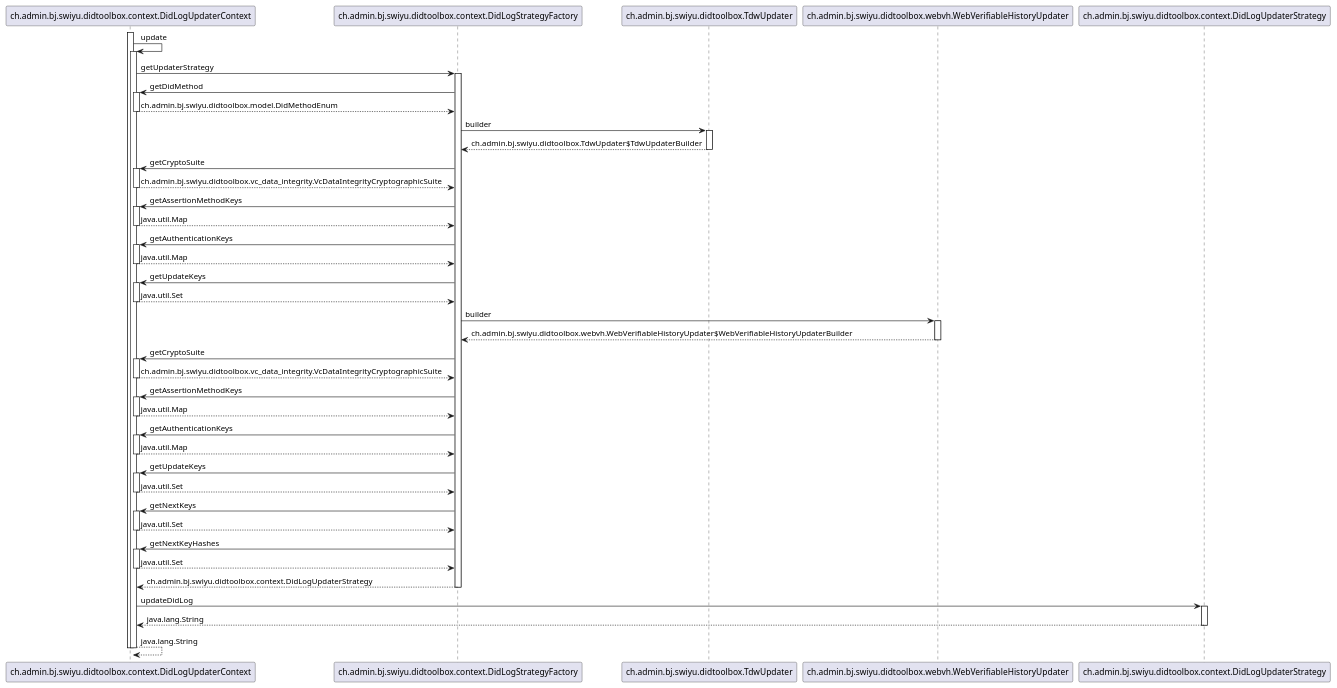
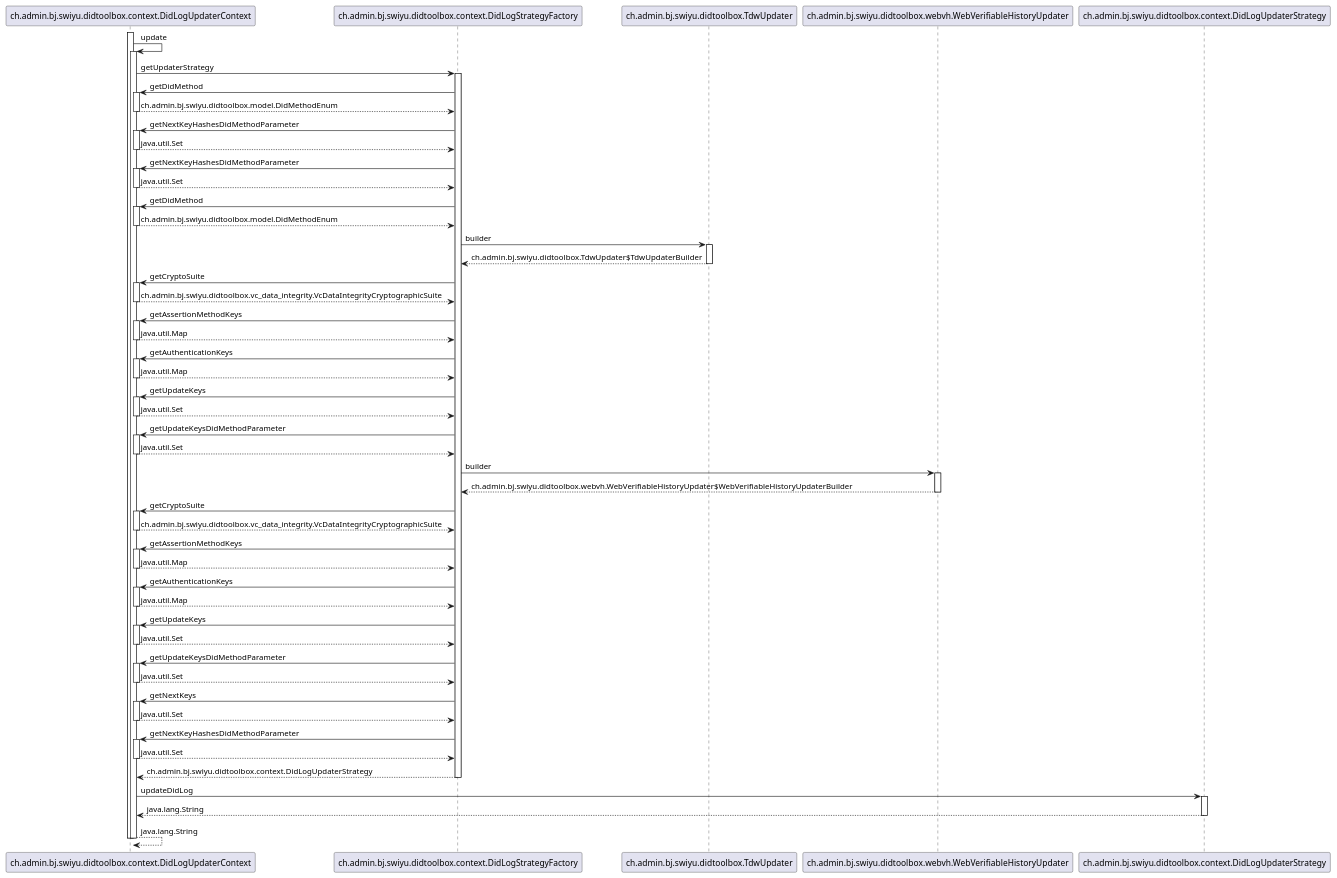
Before and after one commit to swiyu-admin-ch/didtoolbox-java: the diagram in src/main/plantuml/DidLogUpdaterContext-update.puml, drawn with PlantUML. The commit also changed 47 other files, not shown here.

Commit message:
EIDOMNI-450: DID method parameters "updateKeys"/"nextKeyHashes" modeled accordingly. Deprecations introduced

```diff
--- a/src/main/plantuml/DidLogUpdaterContext-update.puml
+++ b/src/main/plantuml/DidLogUpdaterContext-update.puml
@@ -2,76 +2,96 @@
 @startuml
 
 participant ch.admin.bj.swiyu.didtoolbox.context.DidLogUpdaterContext
 participant ch.admin.bj.swiyu.didtoolbox.context.DidLogStrategyFactory
 participant ch.admin.bj.swiyu.didtoolbox.TdwUpdater
 participant ch.admin.bj.swiyu.didtoolbox.webvh.WebVerifiableHistoryUpdater
 participant ch.admin.bj.swiyu.didtoolbox.context.DidLogUpdaterStrategy
 
 activate ch.admin.bj.swiyu.didtoolbox.context.DidLogUpdaterContext
 	ch.admin.bj.swiyu.didtoolbox.context.DidLogUpdaterContext -> ch.admin.bj.swiyu.didtoolbox.context.DidLogUpdaterContext : update
 	activate ch.admin.bj.swiyu.didtoolbox.context.DidLogUpdaterContext
 		ch.admin.bj.swiyu.didtoolbox.context.DidLogUpdaterContext -> ch.admin.bj.swiyu.didtoolbox.context.DidLogStrategyFactory : getUpdaterStrategy
 		activate ch.admin.bj.swiyu.didtoolbox.context.DidLogStrategyFactory
+			ch.admin.bj.swiyu.didtoolbox.context.DidLogStrategyFactory -> ch.admin.bj.swiyu.didtoolbox.context.DidLogUpdaterContext : getDidMethod
+			activate ch.admin.bj.swiyu.didtoolbox.context.DidLogUpdaterContext
+				ch.admin.bj.swiyu.didtoolbox.context.DidLogUpdaterContext --> ch.admin.bj.swiyu.didtoolbox.context.DidLogStrategyFactory : ch.admin.bj.swiyu.didtoolbox.model.DidMethodEnum
+			deactivate ch.admin.bj.swiyu.didtoolbox.context.DidLogUpdaterContext
+			ch.admin.bj.swiyu.didtoolbox.context.DidLogStrategyFactory -> ch.admin.bj.swiyu.didtoolbox.context.DidLogUpdaterContext : getNextKeyHashesDidMethodParameter
+			activate ch.admin.bj.swiyu.didtoolbox.context.DidLogUpdaterContext
+				ch.admin.bj.swiyu.didtoolbox.context.DidLogUpdaterContext --> ch.admin.bj.swiyu.didtoolbox.context.DidLogStrategyFactory : java.util.Set
+			deactivate ch.admin.bj.swiyu.didtoolbox.context.DidLogUpdaterContext
+			ch.admin.bj.swiyu.didtoolbox.context.DidLogStrategyFactory -> ch.admin.bj.swiyu.didtoolbox.context.DidLogUpdaterContext : getNextKeyHashesDidMethodParameter
+			activate ch.admin.bj.swiyu.didtoolbox.context.DidLogUpdaterContext
+				ch.admin.bj.swiyu.didtoolbox.context.DidLogUpdaterContext --> ch.admin.bj.swiyu.didtoolbox.context.DidLogStrategyFactory : java.util.Set
+			deactivate ch.admin.bj.swiyu.didtoolbox.context.DidLogUpdaterContext
 			ch.admin.bj.swiyu.didtoolbox.context.DidLogStrategyFactory -> ch.admin.bj.swiyu.didtoolbox.context.DidLogUpdaterContext : getDidMethod
 			activate ch.admin.bj.swiyu.didtoolbox.context.DidLogUpdaterContext
 				ch.admin.bj.swiyu.didtoolbox.context.DidLogUpdaterContext --> ch.admin.bj.swiyu.didtoolbox.context.DidLogStrategyFactory : ch.admin.bj.swiyu.didtoolbox.model.DidMethodEnum
 			deactivate ch.admin.bj.swiyu.didtoolbox.context.DidLogUpdaterContext
 			ch.admin.bj.swiyu.didtoolbox.context.DidLogStrategyFactory -> ch.admin.bj.swiyu.didtoolbox.TdwUpdater : builder
 			activate ch.admin.bj.swiyu.didtoolbox.TdwUpdater
 				ch.admin.bj.swiyu.didtoolbox.TdwUpdater --> ch.admin.bj.swiyu.didtoolbox.context.DidLogStrategyFactory : ch.admin.bj.swiyu.didtoolbox.TdwUpdater$TdwUpdaterBuilder
 			deactivate ch.admin.bj.swiyu.didtoolbox.TdwUpdater
 			ch.admin.bj.swiyu.didtoolbox.context.DidLogStrategyFactory -> ch.admin.bj.swiyu.didtoolbox.context.DidLogUpdaterContext : getCryptoSuite
 			activate ch.admin.bj.swiyu.didtoolbox.context.DidLogUpdaterContext
 				ch.admin.bj.swiyu.didtoolbox.context.DidLogUpdaterContext --> ch.admin.bj.swiyu.didtoolbox.context.DidLogStrategyFactory : ch.admin.bj.swiyu.didtoolbox.vc_data_integrity.VcDataIntegrityCryptographicSuite
 			deactivate ch.admin.bj.swiyu.didtoolbox.context.DidLogUpdaterContext
 			ch.admin.bj.swiyu.didtoolbox.context.DidLogStrategyFactory -> ch.admin.bj.swiyu.didtoolbox.context.DidLogUpdaterContext : getAssertionMethodKeys
 			activate ch.admin.bj.swiyu.didtoolbox.context.DidLogUpdaterContext
 				ch.admin.bj.swiyu.didtoolbox.context.DidLogUpdaterContext --> ch.admin.bj.swiyu.didtoolbox.context.DidLogStrategyFactory : java.util.Map
 			deactivate ch.admin.bj.swiyu.didtoolbox.context.DidLogUpdaterContext
 			ch.admin.bj.swiyu.didtoolbox.context.DidLogStrategyFactory -> ch.admin.bj.swiyu.didtoolbox.context.DidLogUpdaterContext : getAuthenticationKeys
 			activate ch.admin.bj.swiyu.didtoolbox.context.DidLogUpdaterContext
 				ch.admin.bj.swiyu.didtoolbox.context.DidLogUpdaterContext --> ch.admin.bj.swiyu.didtoolbox.context.DidLogStrategyFactory : java.util.Map
 			deactivate ch.admin.bj.swiyu.didtoolbox.context.DidLogUpdaterContext
 			ch.admin.bj.swiyu.didtoolbox.context.DidLogStrategyFactory -> ch.admin.bj.swiyu.didtoolbox.context.DidLogUpdaterContext : getUpdateKeys
 			activate ch.admin.bj.swiyu.didtoolbox.context.DidLogUpdaterContext
 				ch.admin.bj.swiyu.didtoolbox.context.DidLogUpdaterContext --> ch.admin.bj.swiyu.didtoolbox.context.DidLogStrategyFactory : java.util.Set
 			deactivate ch.admin.bj.swiyu.didtoolbox.context.DidLogUpdaterContext
+			ch.admin.bj.swiyu.didtoolbox.context.DidLogStrategyFactory -> ch.admin.bj.swiyu.didtoolbox.context.DidLogUpdaterContext : getUpdateKeysDidMethodParameter
+			activate ch.admin.bj.swiyu.didtoolbox.context.DidLogUpdaterContext
+				ch.admin.bj.swiyu.didtoolbox.context.DidLogUpdaterContext --> ch.admin.bj.swiyu.didtoolbox.context.DidLogStrategyFactory : java.util.Set
+			deactivate ch.admin.bj.swiyu.didtoolbox.context.DidLogUpdaterContext
 			ch.admin.bj.swiyu.didtoolbox.context.DidLogStrategyFactory -> ch.admin.bj.swiyu.didtoolbox.webvh.WebVerifiableHistoryUpdater : builder
 			activate ch.admin.bj.swiyu.didtoolbox.webvh.WebVerifiableHistoryUpdater
 				ch.admin.bj.swiyu.didtoolbox.webvh.WebVerifiableHistoryUpdater --> ch.admin.bj.swiyu.didtoolbox.context.DidLogStrategyFactory : ch.admin.bj.swiyu.didtoolbox.webvh.WebVerifiableHistoryUpdater$WebVerifiableHistoryUpdaterBuilder
 			deactivate ch.admin.bj.swiyu.didtoolbox.webvh.WebVerifiableHistoryUpdater
 			ch.admin.bj.swiyu.didtoolbox.context.DidLogStrategyFactory -> ch.admin.bj.swiyu.didtoolbox.context.DidLogUpdaterContext : getCryptoSuite
 			activate ch.admin.bj.swiyu.didtoolbox.context.DidLogUpdaterContext
 				ch.admin.bj.swiyu.didtoolbox.context.DidLogUpdaterContext --> ch.admin.bj.swiyu.didtoolbox.context.DidLogStrategyFactory : ch.admin.bj.swiyu.didtoolbox.vc_data_integrity.VcDataIntegrityCryptographicSuite
 			deactivate ch.admin.bj.swiyu.didtoolbox.context.DidLogUpdaterContext
 			ch.admin.bj.swiyu.didtoolbox.context.DidLogStrategyFactory -> ch.admin.bj.swiyu.didtoolbox.context.DidLogUpdaterContext : getAssertionMethodKeys
 			activate ch.admin.bj.swiyu.didtoolbox.context.DidLogUpdaterContext
 				ch.admin.bj.swiyu.didtoolbox.context.DidLogUpdaterContext --> ch.admin.bj.swiyu.didtoolbox.context.DidLogStrategyFactory : java.util.Map
 			deactivate ch.admin.bj.swiyu.didtoolbox.context.DidLogUpdaterContext
 			ch.admin.bj.swiyu.didtoolbox.context.DidLogStrategyFactory -> ch.admin.bj.swiyu.didtoolbox.context.DidLogUpdaterContext : getAuthenticationKeys
 			activate ch.admin.bj.swiyu.didtoolbox.context.DidLogUpdaterContext
 				ch.admin.bj.swiyu.didtoolbox.context.DidLogUpdaterContext --> ch.admin.bj.swiyu.didtoolbox.context.DidLogStrategyFactory : java.util.Map
 			deactivate ch.admin.bj.swiyu.didtoolbox.context.DidLogUpdaterContext
 			ch.admin.bj.swiyu.didtoolbox.context.DidLogStrategyFactory -> ch.admin.bj.swiyu.didtoolbox.context.DidLogUpdaterContext : getUpdateKeys
 			activate ch.admin.bj.swiyu.didtoolbox.context.DidLogUpdaterContext
 				ch.admin.bj.swiyu.didtoolbox.context.DidLogUpdaterContext --> ch.admin.bj.swiyu.didtoolbox.context.DidLogStrategyFactory : java.util.Set
 			deactivate ch.admin.bj.swiyu.didtoolbox.context.DidLogUpdaterContext
+			ch.admin.bj.swiyu.didtoolbox.context.DidLogStrategyFactory -> ch.admin.bj.swiyu.didtoolbox.context.DidLogUpdaterContext : getUpdateKeysDidMethodParameter
+			activate ch.admin.bj.swiyu.didtoolbox.context.DidLogUpdaterContext
+				ch.admin.bj.swiyu.didtoolbox.context.DidLogUpdaterContext --> ch.admin.bj.swiyu.didtoolbox.context.DidLogStrategyFactory : java.util.Set
+			deactivate ch.admin.bj.swiyu.didtoolbox.context.DidLogUpdaterContext
 			ch.admin.bj.swiyu.didtoolbox.context.DidLogStrategyFactory -> ch.admin.bj.swiyu.didtoolbox.context.DidLogUpdaterContext : getNextKeys
 			activate ch.admin.bj.swiyu.didtoolbox.context.DidLogUpdaterContext
 				ch.admin.bj.swiyu.didtoolbox.context.DidLogUpdaterContext --> ch.admin.bj.swiyu.didtoolbox.context.DidLogStrategyFactory : java.util.Set
 			deactivate ch.admin.bj.swiyu.didtoolbox.context.DidLogUpdaterContext
-			ch.admin.bj.swiyu.didtoolbox.context.DidLogStrategyFactory -> ch.admin.bj.swiyu.didtoolbox.context.DidLogUpdaterContext : getNextKeyHashes
+			ch.admin.bj.swiyu.didtoolbox.context.DidLogStrategyFactory -> ch.admin.bj.swiyu.didtoolbox.context.DidLogUpdaterContext : getNextKeyHashesDidMethodParameter
 			activate ch.admin.bj.swiyu.didtoolbox.context.DidLogUpdaterContext
 				ch.admin.bj.swiyu.didtoolbox.context.DidLogUpdaterContext --> ch.admin.bj.swiyu.didtoolbox.context.DidLogStrategyFactory : java.util.Set
 			deactivate ch.admin.bj.swiyu.didtoolbox.context.DidLogUpdaterContext
 			ch.admin.bj.swiyu.didtoolbox.context.DidLogStrategyFactory --> ch.admin.bj.swiyu.didtoolbox.context.DidLogUpdaterContext : ch.admin.bj.swiyu.didtoolbox.context.DidLogUpdaterStrategy
 		deactivate ch.admin.bj.swiyu.didtoolbox.context.DidLogStrategyFactory
 		ch.admin.bj.swiyu.didtoolbox.context.DidLogUpdaterContext -> ch.admin.bj.swiyu.didtoolbox.context.DidLogUpdaterStrategy : updateDidLog
 		activate ch.admin.bj.swiyu.didtoolbox.context.DidLogUpdaterStrategy
 			ch.admin.bj.swiyu.didtoolbox.context.DidLogUpdaterStrategy --> ch.admin.bj.swiyu.didtoolbox.context.DidLogUpdaterContext : java.lang.String
 		deactivate ch.admin.bj.swiyu.didtoolbox.context.DidLogUpdaterStrategy
 		ch.admin.bj.swiyu.didtoolbox.context.DidLogUpdaterContext --> ch.admin.bj.swiyu.didtoolbox.context.DidLogUpdaterContext : java.lang.String
 	deactivate ch.admin.bj.swiyu.didtoolbox.context.DidLogUpdaterContext
 deactivate ch.admin.bj.swiyu.didtoolbox.context.DidLogUpdaterContext
 
 @enduml
```
